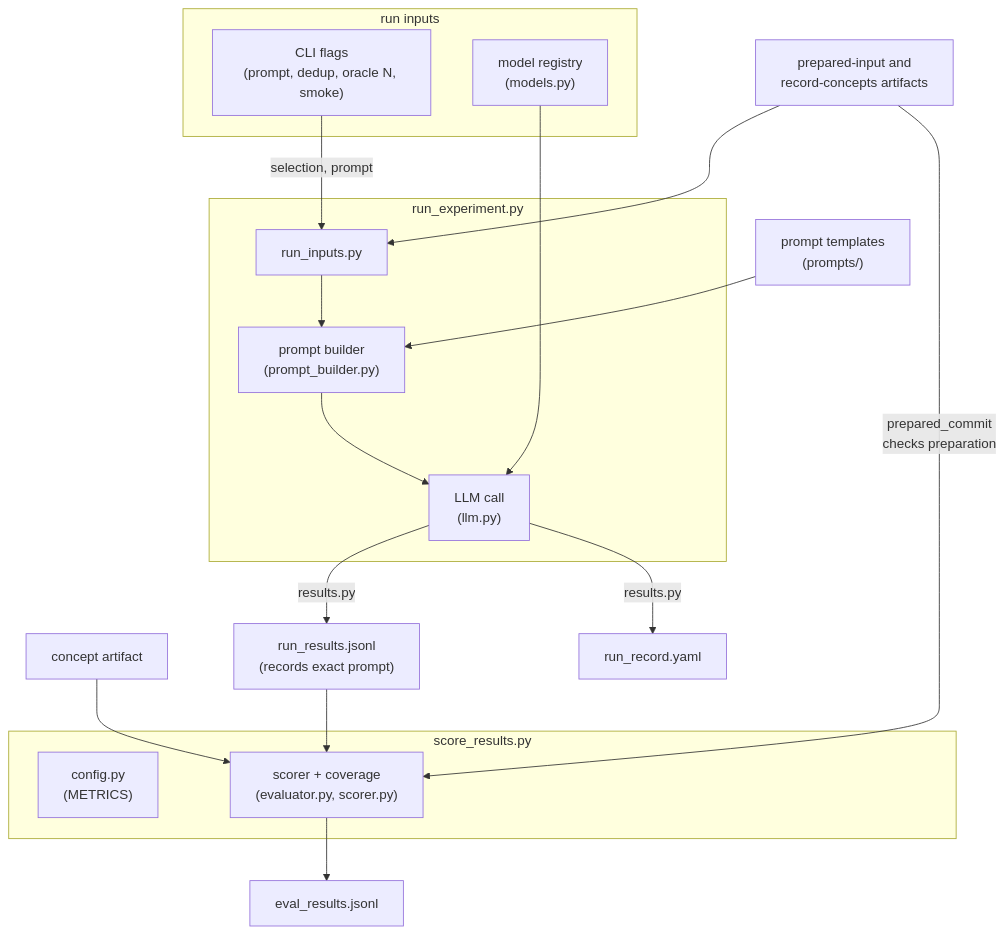
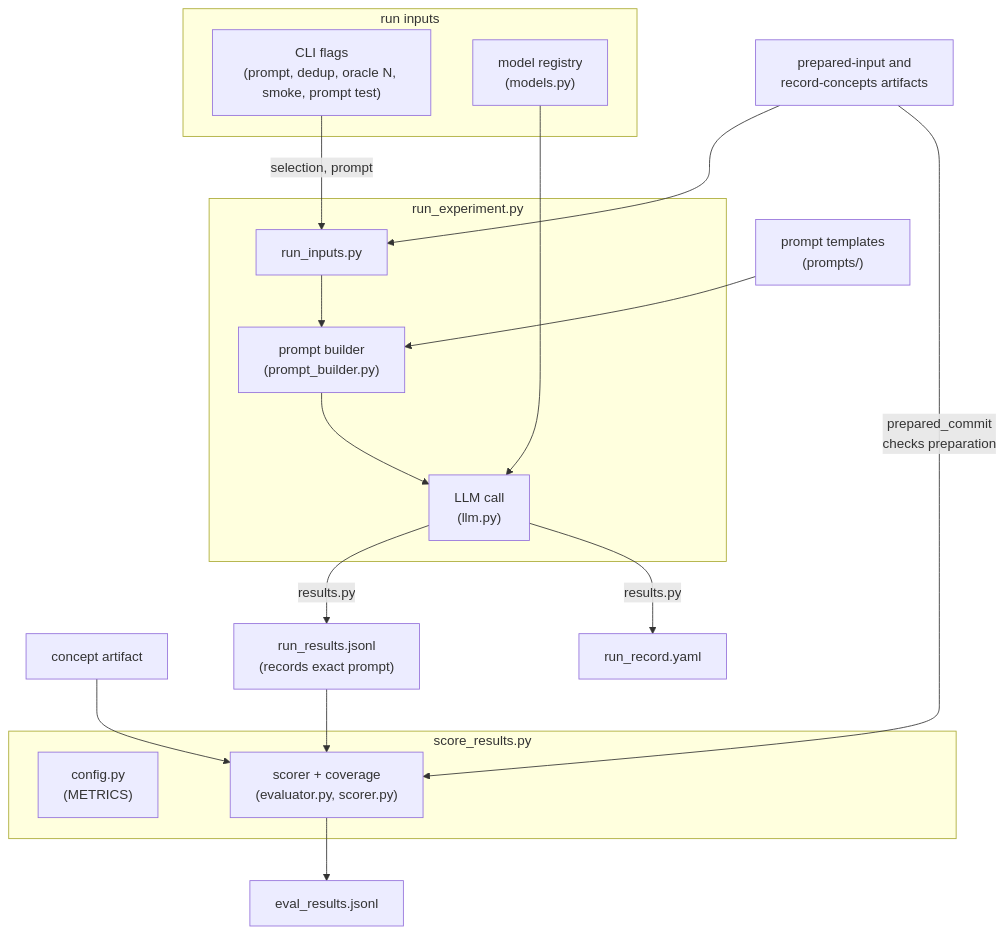
One commit to fau-masters-collected-works-cgarbin/mimic-bhc-generation changed the third of 4 diagrams in README.md. Above: the diagram before and after it, drawn with Mermaid. The commit also changed other lines of this file and 13 other files, not shown here.

Commit message:
Add prompt test cohort and output length report

````diff
--- a/README.md
+++ b/README.md
@@ -460,32 +467,32 @@
 ```mermaid
 flowchart TB
     subgraph Inputs["run inputs"]
-        FLAGS["CLI flags<br>(prompt, dedup, oracle N, smoke)"]
+        FLAGS["CLI flags<br>(prompt, dedup, oracle N, smoke, prompt test)"]
         REG["model registry<br>(models.py)"]
     end
 
     TPL["prompt templates<br>(prompts/)"]
     PREPARED["prepared-input and<br>record-concepts artifacts"]
     CONCEPTS["concept artifact"]
 
     subgraph Pipeline["run_experiment.py"]
         LOAD["run_inputs.py"] --> PROMPT["prompt builder<br>(prompt_builder.py)"] --> LLM["LLM call<br>(llm.py)"]
     end
 
     FLAGS -->|"selection, prompt"| LOAD
     REG --> LLM
     TPL --> PROMPT
     PREPARED --> LOAD
     LLM -->|"results.py"| JSONL["run_results.jsonl<br>(records exact prompt)"]
     LLM -->|"results.py"| META["run_record.yaml"]
 
     subgraph Scoring["score_results.py"]
         EVALCFG["config.py<br>(METRICS)"]
         SCORER["scorer + coverage<br>(evaluator.py, scorer.py)"]
     end
 
     JSONL --> SCORER
     PREPARED -->|"prepared_commit<br>checks preparation"| SCORER
     CONCEPTS --> SCORER
     SCORER --> EVALJSONL["eval_results.jsonl"]
 ```
````
